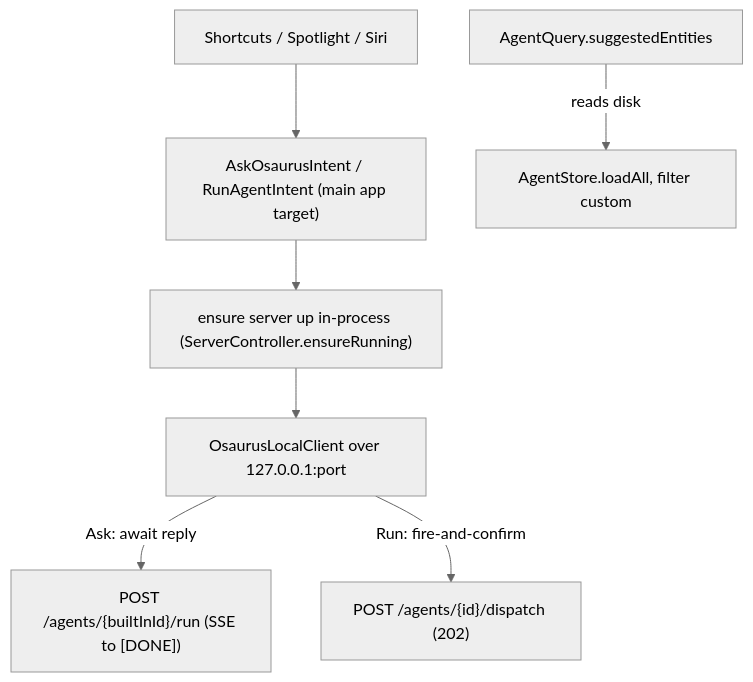
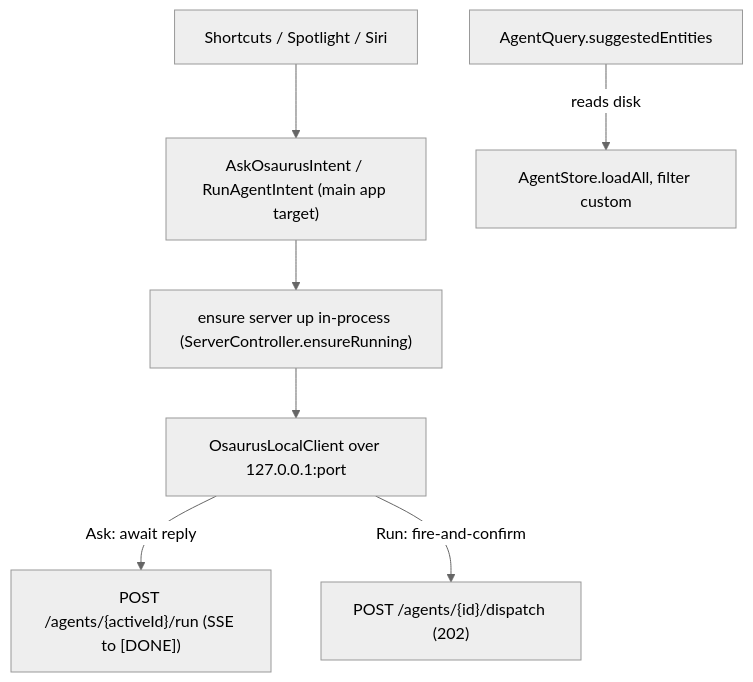
Before and after one commit to osaurus-ai/osaurus: the diagram in docs/APP_INTENTS.md, drawn with Mermaid (neutral theme). The commit also changed other lines of this file and 3 other files, not shown here.

````diff
--- a/docs/APP_INTENTS.md
+++ b/docs/APP_INTENTS.md
@@ -36,9 +36,9 @@
 ```mermaid
 flowchart TD
     siri["Shortcuts / Spotlight / Siri"] --> intent["AskOsaurusIntent / RunAgentIntent (main app target)"]
     intent --> ensure["ensure server up in-process (ServerController.ensureRunning)"]
     ensure --> client["OsaurusLocalClient over 127.0.0.1:port"]
-    client -->|"Ask: await reply"| run["POST /agents/{builtInId}/run (SSE to [DONE])"]
+    client -->|"Ask: await reply"| run["POST /agents/{activeId}/run (SSE to [DONE])"]
     client -->|"Run: fire-and-confirm"| dispatch["POST /agents/{id}/dispatch (202)"]
     query["AgentQuery.suggestedEntities"] -->|"reads disk"| store["AgentStore.loadAll, filter custom"]
 ```
````
